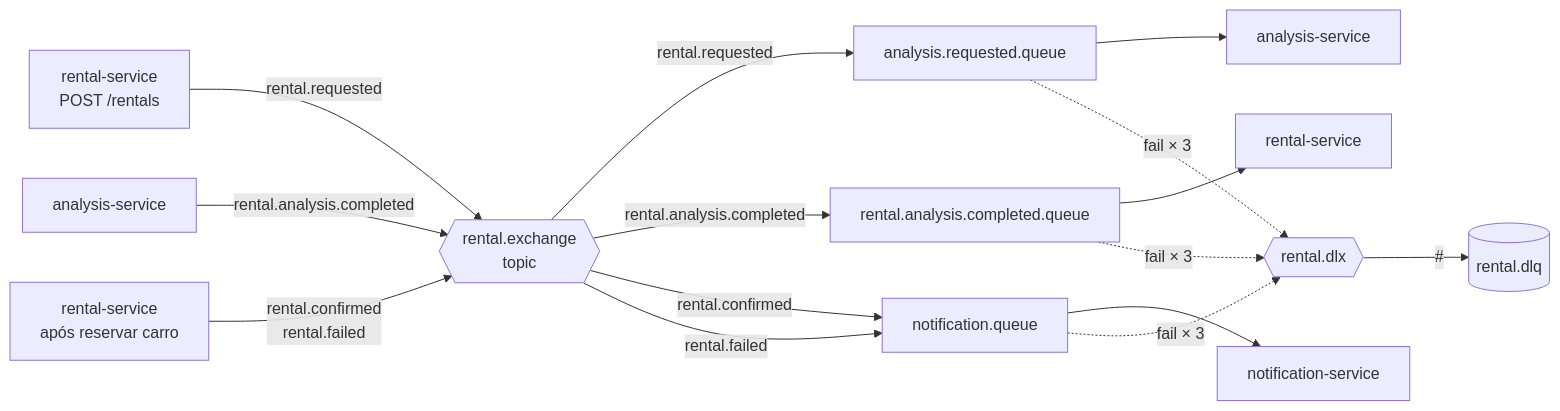
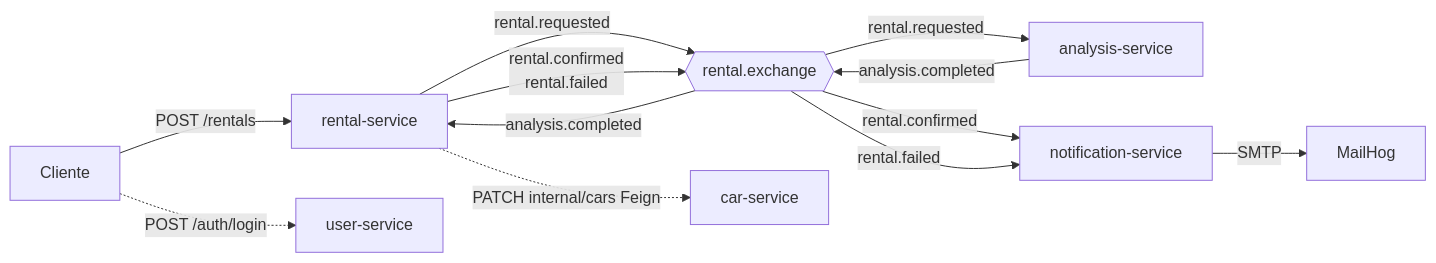
The first of 2 diagrams in README.md (GabrielTiziano/rabbitride), drawn with Mermaid before and after one commit. The commit also changed other lines of this file and 2 other files, not shown here.

````diff
--- a/README.md
+++ b/README.md
@@ -12,22 +35,20 @@
 ```mermaid
 flowchart LR
-    P1[rental-service<br/>POST /rentals] -->|rental.requested| EX
-    P3[analysis-service] -->|rental.analysis.completed| EX
-    P2[rental-service<br/>após reservar carro] -->|rental.confirmed<br/>rental.failed| EX
+    Cliente -->|POST /rentals| RS[rental-service]
+    RS -->|rental.requested| EX{{rental.exchange}}
 
-    EX{{rental.exchange<br/>topic}}
+    EX -->|rental.requested| AS[analysis-service]
+    AS -->|analysis.completed| EX
 
-    EX -->|rental.requested| Q1[analysis.requested.queue]
-    EX -->|rental.analysis.completed| Q2[rental.analysis.completed.queue]
-    EX -->|rental.confirmed| Q3[notification.queue]
-    EX -->|rental.failed| Q3
+    EX -->|analysis.completed| RS
+    RS -.->|PATCH internal/cars Feign| CS[car-service]
 
-    Q1 --> C1[analysis-service]
-    Q2 --> C2[rental-service]
-    Q3 --> C3[notification-service]
+    RS -->|rental.confirmed<br/>rental.failed| EX
+    EX -->|rental.confirmed| NS[notification-service]
+    EX -->|rental.failed| NS
 
-    Q1 -.->|fail × 3| DLX{{rental.dlx}}
-    Q2 -.->|fail × 3| DLX
-    Q3 -.->|fail × 3| DLX
-    DLX -->|#| DLQ[(rental.dlq)]
+    NS -->|SMTP| MH[MailHog]
+
+    US[user-service]
+    Cliente -.->|POST /auth/login| US
 ```
````
